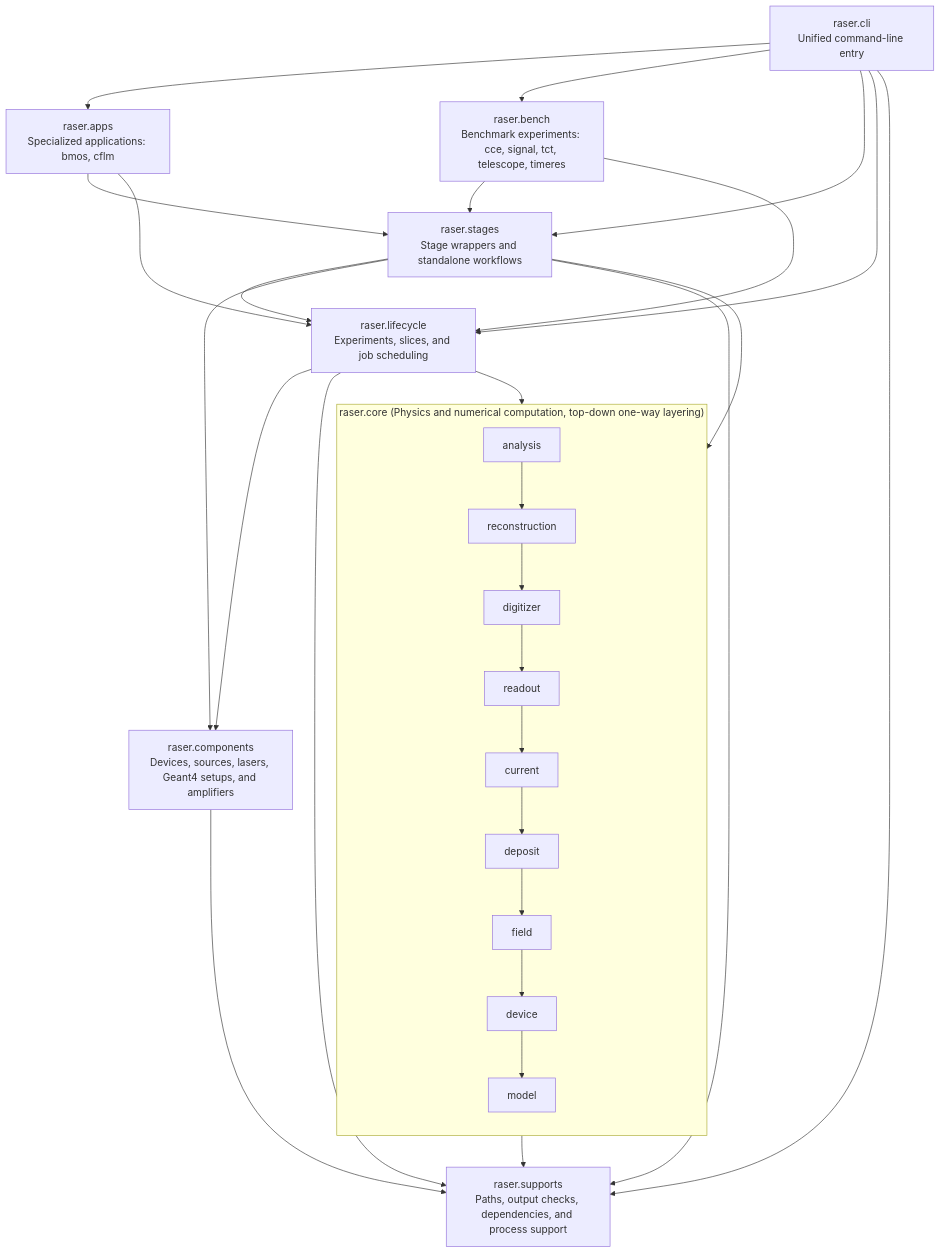
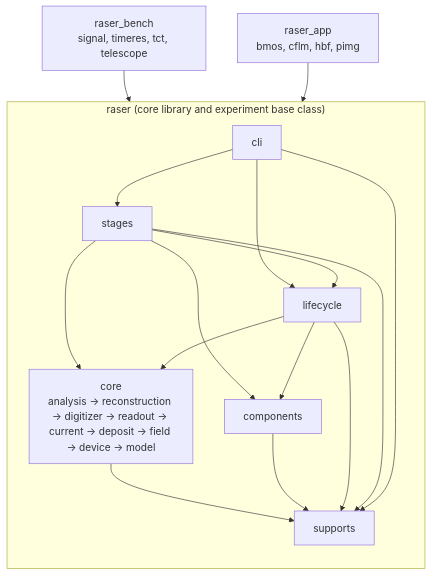
The first of 2 diagrams in docs/en/architecture.md (raser-team/raser), drawn with Mermaid before and after one commit. The commit also changed other lines of this file and 44 other files, not shown here.

````diff
--- a/docs/en/architecture.md
+++ b/docs/en/architecture.md
@@ -9,29 +16,21 @@
 ```mermaid
 flowchart TD
-    CLI["raser.cli<br/>Unified command-line entry"] --> APPS["raser.apps<br/>Specialized applications: bmos, cflm"]
-    CLI --> BENCH["raser.bench<br/>Benchmark experiments: cce, signal, tct, telescope, timeres"]
-    CLI --> STAGES["raser.stages<br/>Stage wrappers and standalone workflows"]
-    CLI --> LIFECYCLE["raser.lifecycle<br/>Experiments, slices, and job scheduling"]
+    BENCH["raser_bench<br/>signal, timeres, tct, telescope"] --> RASER
+    APP["raser_app<br/>bmos, cflm, hbf, pimg"] --> RASER
 
-    APPS --> STAGES
-    APPS --> LIFECYCLE
-    BENCH --> STAGES
-    BENCH --> LIFECYCLE
-
-    STAGES --> LIFECYCLE
-    STAGES --> CORE
-    STAGES --> COMPONENTS["raser.components<br/>Devices, sources, lasers, Geant4 setups, and amplifiers"]
-    LIFECYCLE --> CORE
-    LIFECYCLE --> COMPONENTS
-
-    subgraph CORE["raser.core (Physics and numerical computation, top-down one-way layering)"]
+    subgraph RASER["raser (core library and experiment base class)"]
         direction TB
-        C_ANA["analysis"] --> C_RECO["reconstruction"] --> C_DIG["digitizer"] --> C_RDO["readout"] --> C_CUR["current"] --> C_DEP["deposit"] --> C_FLD["field"] --> C_DEV["device"] --> C_MOD["model"]
+        CLI["cli"] --> STAGES["stages"]
+        CLI --> LIFECYCLE["lifecycle"]
+        STAGES --> LIFECYCLE
+        STAGES --> CORE["core<br/>analysis → reconstruction → digitizer → readout → current → deposit → field → device → model"]
+        STAGES --> COMPONENTS["components"]
+        LIFECYCLE --> CORE
+        LIFECYCLE --> COMPONENTS
+        CORE --> SUPPORTS["supports"]
+        COMPONENTS --> SUPPORTS
+        LIFECYCLE --> SUPPORTS
+        STAGES --> SUPPORTS
+        CLI --> SUPPORTS
     end
-
-    CORE --> SUPPORTS["raser.supports<br/>Paths, output checks, dependencies, and process support"]
-    COMPONENTS --> SUPPORTS
-    LIFECYCLE --> SUPPORTS
-    STAGES --> SUPPORTS
-    CLI --> SUPPORTS
 ```
````
